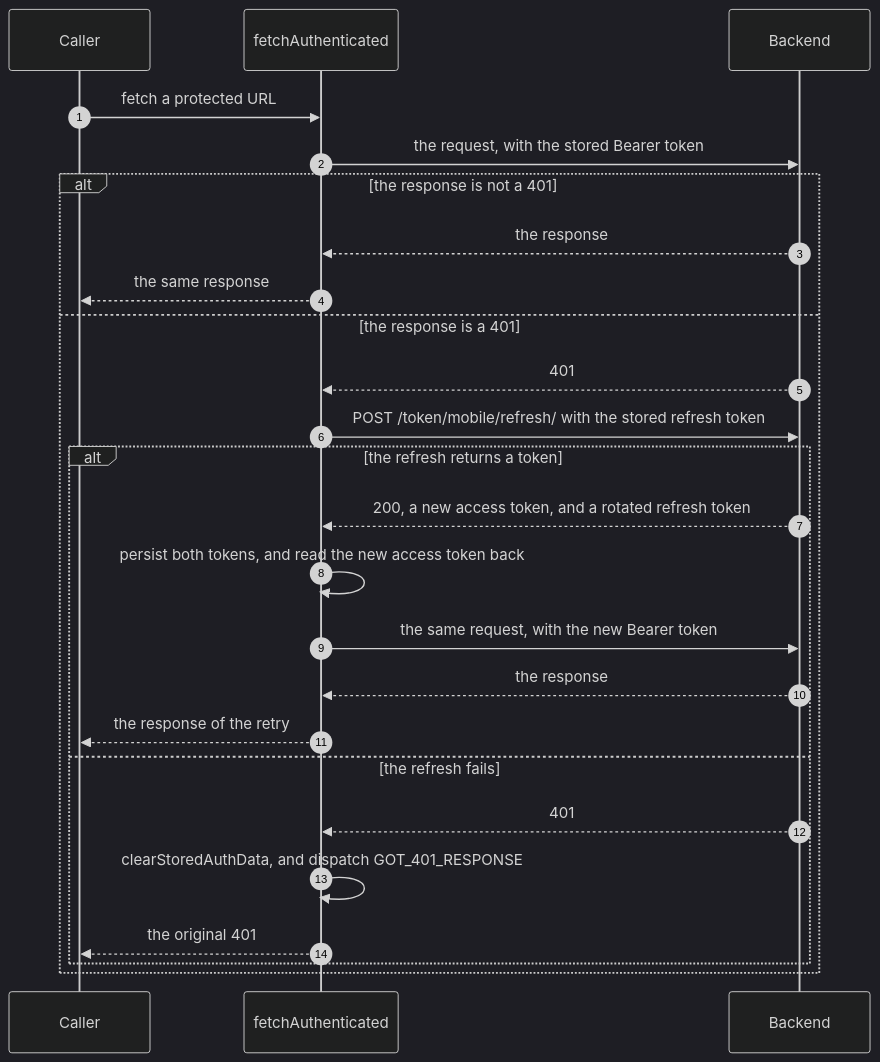
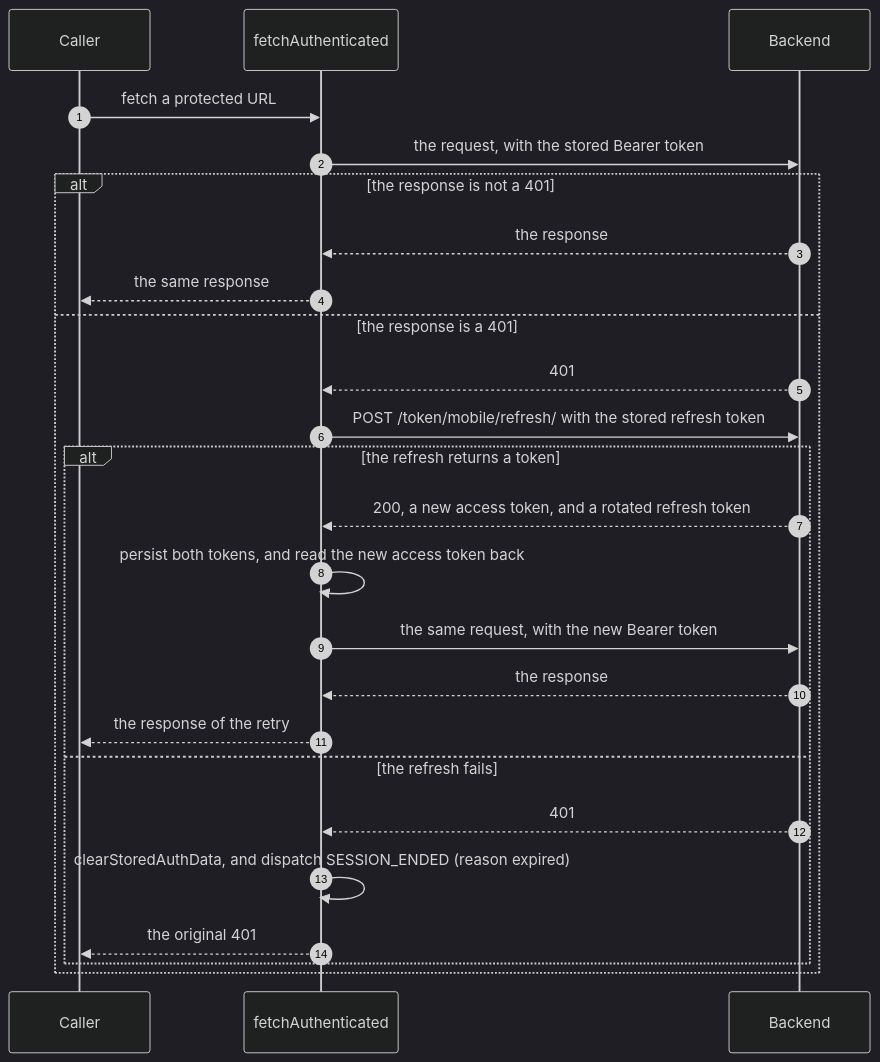
One commit to floels/pinit changed the third of 4 diagrams in mobile/doc/authentication.md. Above: the diagram before and after it, drawn with Mermaid (dark theme). The commit also changed other lines of this file and 9 other files, not shown here.

````diff
--- a/mobile/doc/authentication.md
+++ b/mobile/doc/authentication.md
@@ -173,28 +174,28 @@
 ```mermaid
 sequenceDiagram
     autonumber
     participant C as Caller
     participant F as fetchAuthenticated
     participant B as Backend
 
     C->>F: fetch a protected URL
     F->>B: the request, with the stored Bearer token
     alt the response is not a 401
         B-->>F: the response
         F-->>C: the same response
     else the response is a 401
         B-->>F: 401
         F->>B: POST /token/mobile/refresh/ with the stored refresh token
         alt the refresh returns a token
             B-->>F: 200, a new access token, and a rotated refresh token
             F->>F: persist both tokens, and read the new access token back
             F->>B: the same request, with the new Bearer token
             B-->>F: the response
             F-->>C: the response of the retry
         else the refresh fails
             B-->>F: 401
-            F->>F: clearStoredAuthData, and dispatch GOT_401_RESPONSE
+            F->>F: clearStoredAuthData, and dispatch SESSION_ENDED (reason expired)
             F-->>C: the original 401
         end
     end
 ```
````
